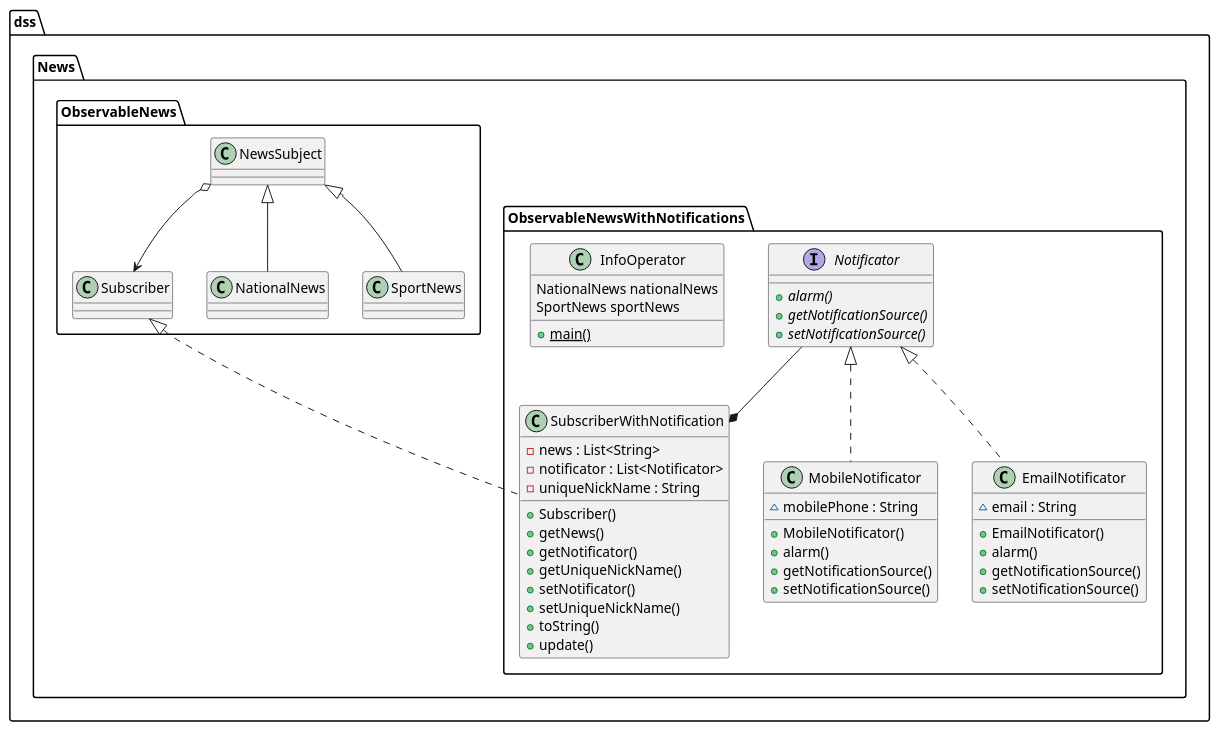
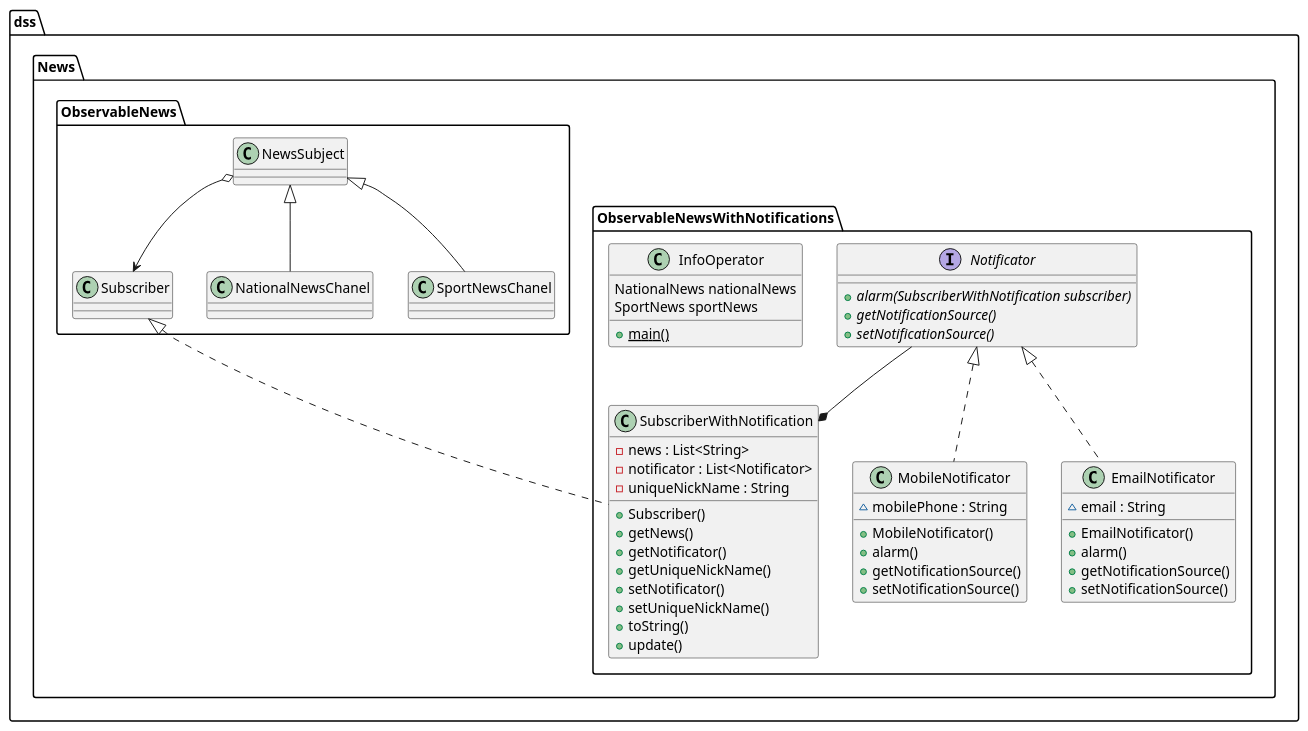
The diagram in src/dss/News/ObservableNewsWithNotifications/uml/ObservableNewsWithNotifications.plantuml (ktvcv/PracticeOfPatterns), drawn with PlantUML before and after one commit. The commit also changed 54 other files, not shown here.

```diff
--- a/src/dss/News/ObservableNewsWithNotifications/uml/ObservableNewsWithNotifications.plantuml
+++ b/src/dss/News/ObservableNewsWithNotifications/uml/ObservableNewsWithNotifications.plantuml
@@ -1,61 +1,61 @@
 @startuml
 
 
         class dss.News.ObservableNewsWithNotifications.EmailNotificator {
             ~ email : String
             + EmailNotificator()
             + alarm()
             + getNotificationSource()
             + setNotificationSource()
         }
 
 
         class dss.News.ObservableNewsWithNotifications.InfoOperator {
             {static} + main()
             NationalNews nationalNews
             SportNews sportNews
 
         }
 
 
         class dss.News.ObservableNewsWithNotifications.MobileNotificator {
             ~ mobilePhone : String
             + MobileNotificator()
             + alarm()
             + getNotificationSource()
             + setNotificationSource()
         }
 
 
         interface dss.News.ObservableNewsWithNotifications.Notificator {
-            {abstract} + alarm()
+            {abstract} + alarm(SubscriberWithNotification subscriber)
             {abstract} + getNotificationSource()
             {abstract} + setNotificationSource()
         }
 
 
 
         class dss.News.ObservableNewsWithNotifications.SubscriberWithNotification {
             - news : List<String>
             - notificator : List<Notificator>
             - uniqueNickName : String
             + Subscriber()
             + getNews()
             + getNotificator()
             + getUniqueNickName()
             + setNotificator()
             + setUniqueNickName()
             + toString()
             + update()
         }
   
 
   dss.News.ObservableNewsWithNotifications.EmailNotificator .up.|> dss.News.ObservableNewsWithNotifications.Notificator
   dss.News.ObservableNewsWithNotifications.MobileNotificator .up.|> dss.News.ObservableNewsWithNotifications.Notificator
-  dss.News.ObservableNews.NationalNews -up-|> dss.News.ObservableNews.NewsSubject
-  dss.News.ObservableNews.SportNews -up-|> dss.News.ObservableNews.NewsSubject
+  dss.News.ObservableNews.NationalNewsChanel -up-|> dss.News.ObservableNews.NewsSubject
+  dss.News.ObservableNews.SportNewsChanel -up-|> dss.News.ObservableNews.NewsSubject
   dss.News.ObservableNewsWithNotifications.SubscriberWithNotification .up.|> dss.News.ObservableNews.Subscriber
   dss.News.ObservableNewsWithNotifications.Notificator --* dss.News.ObservableNewsWithNotifications.SubscriberWithNotification
   dss.News.ObservableNews.NewsSubject o--> dss.News.ObservableNews.Subscriber
 
 @enduml
```
